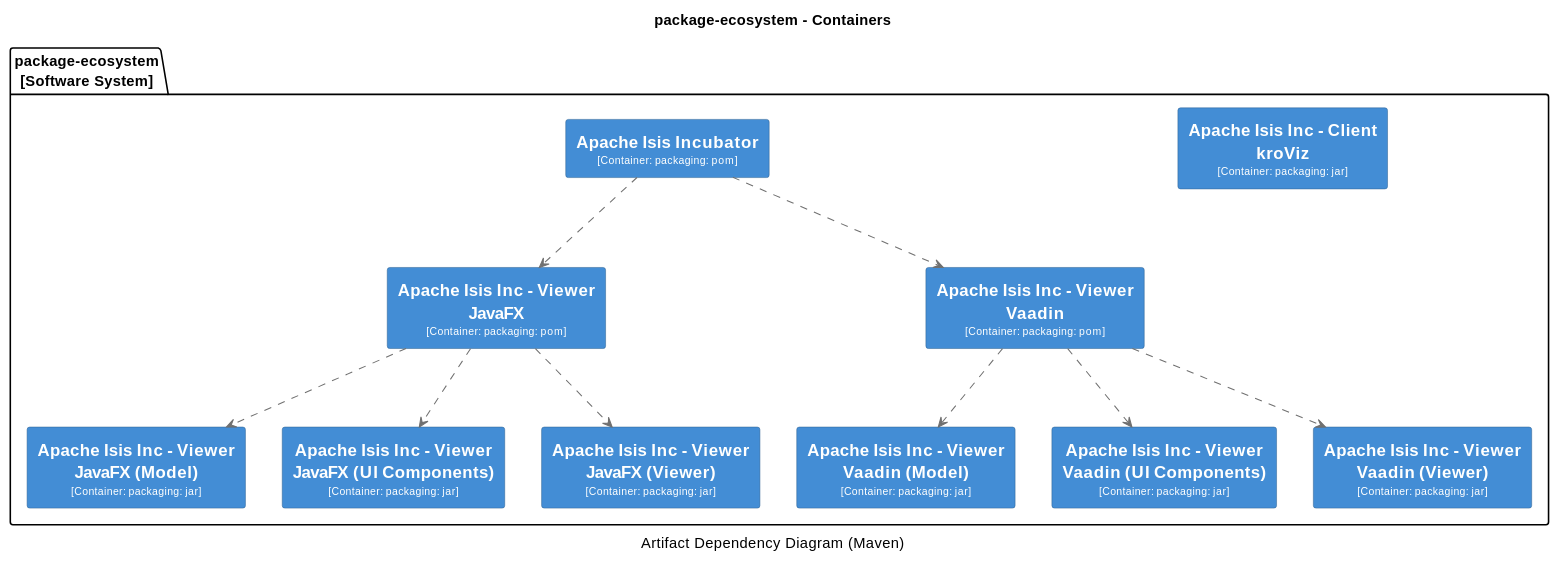
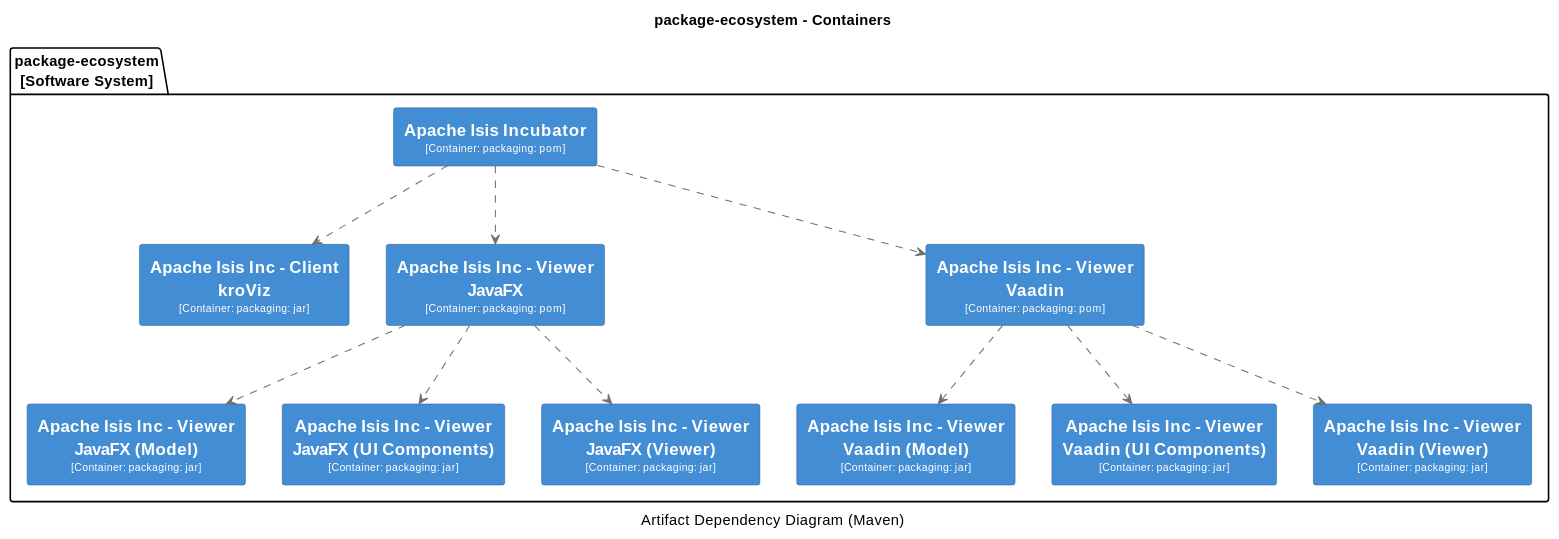
One commit to apache/causeway changed diagram 17 of 18 in antora/components/system/modules/ROOT/pages/about.adoc. Above: the diagram before and after it, drawn with PlantUML. The commit also changed other lines of this file and 1 other file, not shown here.

```diff
--- a/antora/components/system/modules/ROOT/pages/about.adoc
+++ b/antora/components/system/modules/ROOT/pages/about.adoc
@@ -4174,6 +4146,7 @@
 8 .[#707070].> 9 : ""
 8 .[#707070].> 10 : ""
 8 .[#707070].> 11 : ""
+2 .[#707070].> 3 : ""
 2 .[#707070].> 4 : ""
 2 .[#707070].> 8 : ""
 @enduml
```
